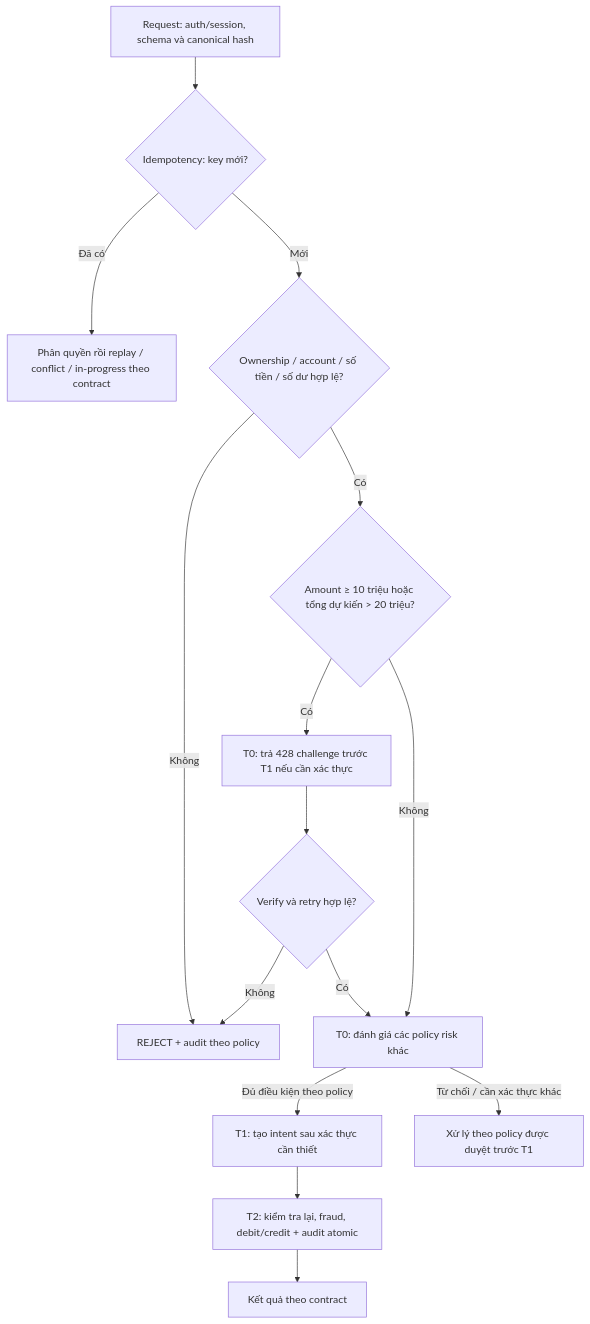
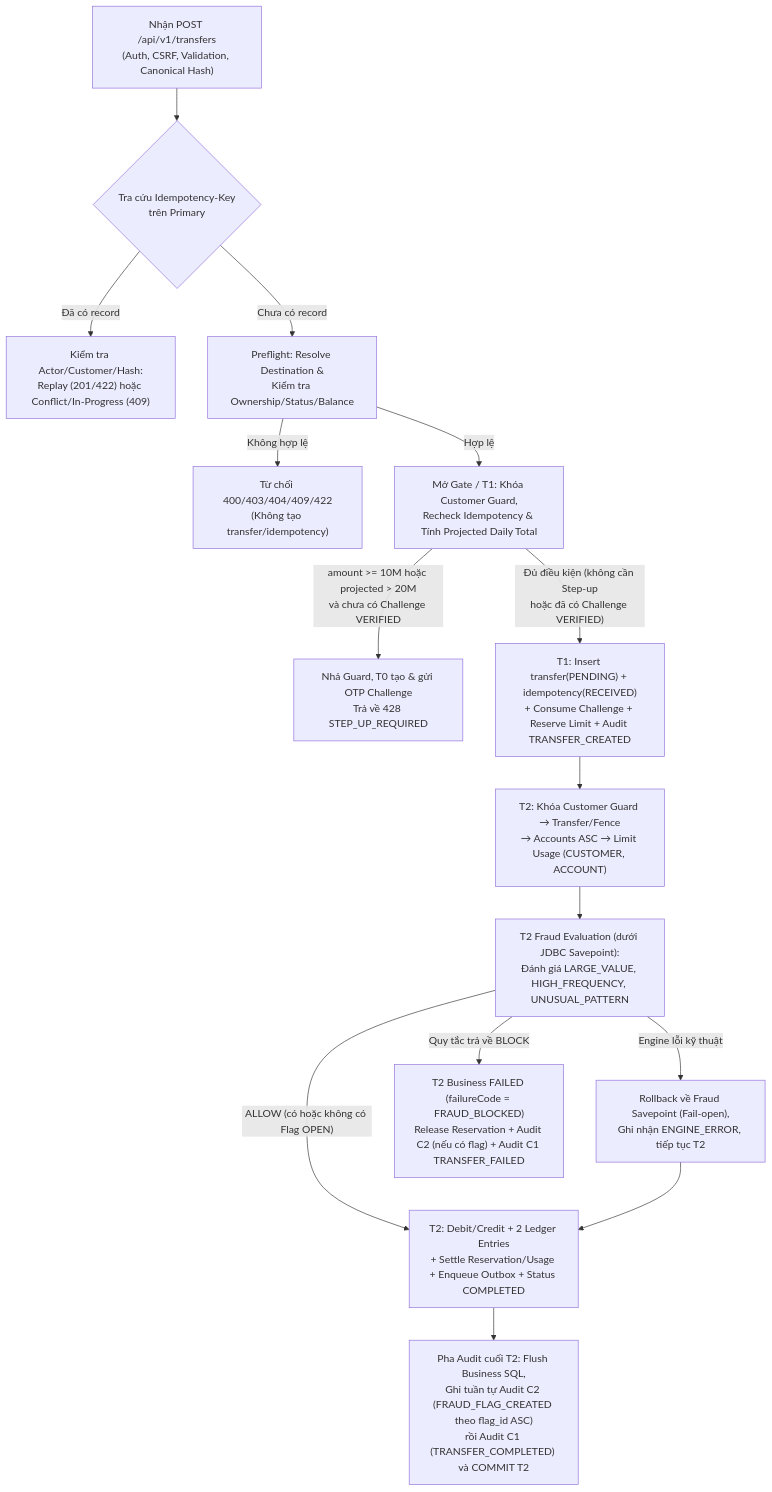
One commit to TNoLisme/cloude changed the second of 2 diagrams in digitalbanking-docs/docs-common/design/03. fraud-detection-rules.md. Above: the diagram before and after it, drawn with Mermaid. The commit also changed other lines of this file and 110 other files, not shown here.

````diff
--- a/digitalbanking-docs/docs-common/design/03. fraud-detection-rules.md
+++ b/digitalbanking-docs/docs-common/design/03. fraud-detection-rules.md
@@ -102,17 +175,17 @@
 ```mermaid
 flowchart TD
- A["Request: auth/session, schema và canonical hash"] --> D{"Idempotency: key mới?"}
- D -->|"Đã có"| E["Phân quyền rồi replay / conflict / in-progress theo contract"]
- D -->|"Mới"| B{"Ownership / account / số tiền / số dư hợp lệ?"}
- B -->|Không| X["REJECT + audit theo policy"]
- B -->|Có| G{"Amount ≥ 10 triệu hoặc tổng dự kiến > 20 triệu?"}
- G -->|Có| I["T0: trả 428 challenge trước T1 nếu cần xác thực"]
- G -->|Không| J["T0: đánh giá các policy risk khác"]
- I --> K{"Verify và retry hợp lệ?"}
- K -->|Không| X
- K -->|Có| J
- J -->|"Đủ điều kiện theo policy"| T1["T1: tạo intent sau xác thực cần thiết"]
- J -->|"Từ chối / cần xác thực khác"| R["Xử lý theo policy được duyệt trước T1"]
- T1 --> L["T2: kiểm tra lại, fraud, debit/credit + audit atomic"]
- L --> P["Kết quả theo contract"]
+    A["Nhận POST /api/v1/transfers\n(Auth, CSRF, Validation, Canonical Hash)"] --> B{"Tra cứu Idempotency-Key\ntrên Primary"}
+    B -->|"Đã có record"| C["Kiểm tra Actor/Customer/Hash:\nReplay (201/422) hoặc Conflict/In-Progress (409)"]
+    B -->|"Chưa có record"| D["Preflight: Resolve Destination &\nKiểm tra Ownership/Status/Balance"]
+    D -->|"Không hợp lệ"| E["Từ chối 400/403/404/409/422\n(Không tạo transfer/idempotency)"]
+    D -->|"Hợp lệ"| F["Mở Gate / T1: Khóa Customer Guard,\nRecheck Idempotency & Tính Projected Daily Total"]
+    F -->|"amount >= 10M hoặc projected > 20M\nvà chưa có Challenge VERIFIED"| G["Nhả Guard, T0 tạo & gửi OTP Challenge\nTrả về 428 STEP_UP_REQUIRED"]
+    F -->|"Đủ điều kiện (không cần Step-up\nhoặc đã có Challenge VERIFIED)"| H["T1: Insert transfer(PENDING) + idempotency(RECEIVED)\n+ Consume Challenge + Reserve Limit + Audit TRANSFER_CREATED"]
+    H --> I["T2: Khóa Customer Guard → Transfer/Fence\n→ Accounts ASC → Limit Usage (CUSTOMER, ACCOUNT)"]
+    I --> J["T2 Fraud Evaluation (dưới JDBC Savepoint):\nĐánh giá LARGE_VALUE, HIGH_FREQUENCY, UNUSUAL_PATTERN"]
+    J -->|"Engine lỗi kỹ thuật"| K["Rollback về Fraud Savepoint (Fail-open),\nGhi nhận ENGINE_ERROR, tiếp tục T2"]
+    J -->|"Quy tắc trả về BLOCK"| L["T2 Business FAILED (failureCode = FRAUD_BLOCKED)\nRelease Reservation + Audit C2 (nếu có flag) + Audit C1 TRANSFER_FAILED"]
+    J -->|"ALLOW (có hoặc không có Flag OPEN)"| M["T2: Debit/Credit + 2 Ledger Entries\n+ Settle Reservation/Usage + Enqueue Outbox + Status COMPLETED"]
+    K --> M
+    M --> N["Pha Audit cuối T2: Flush Business SQL,\nGhi tuần tự Audit C2 (FRAUD_FLAG_CREATED theo flag_id ASC)\nrồi Audit C1 (TRANSFER_COMPLETED) và COMMIT T2"]
 ```
````
